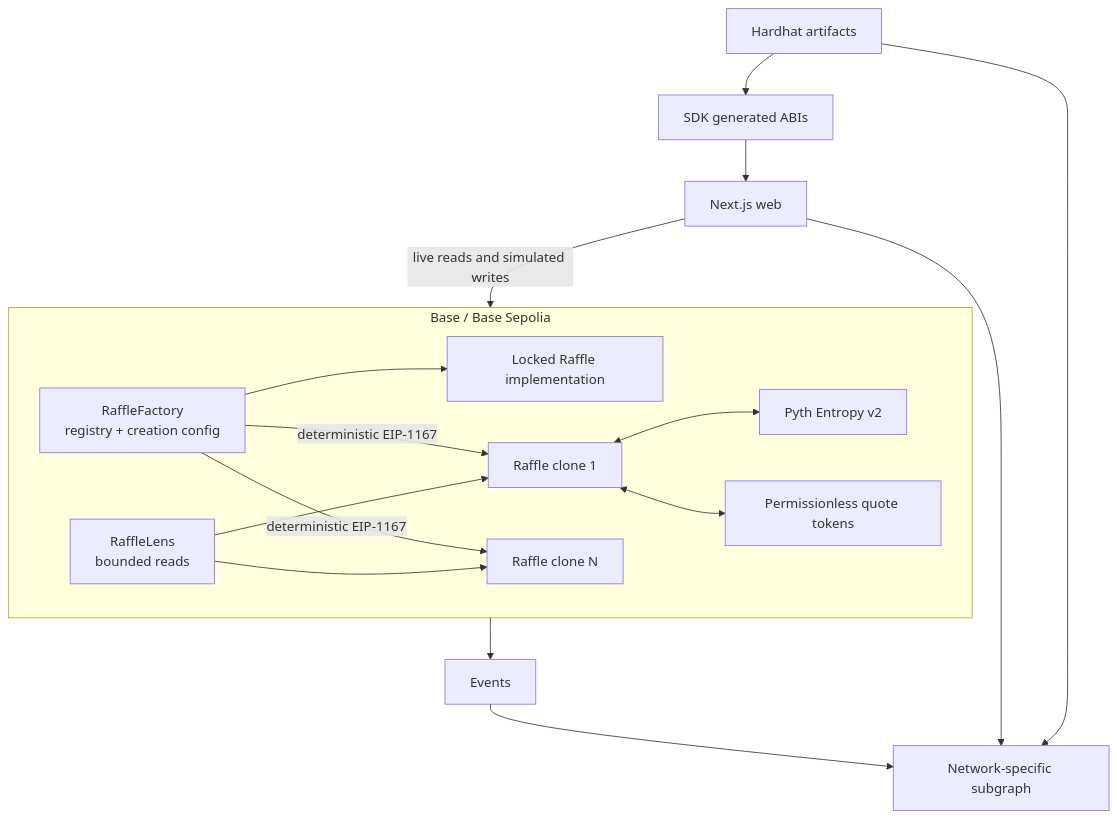
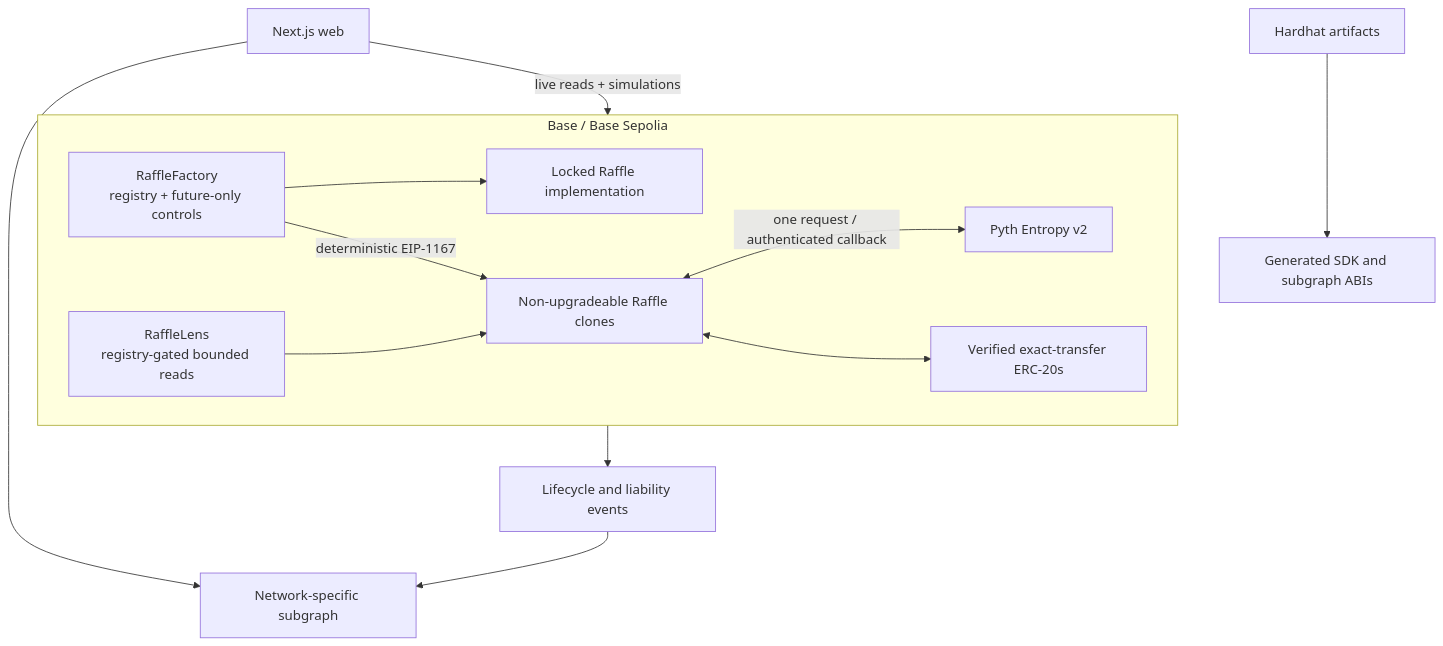
The diagram in docs/ARCHITECTURE.md (Heesho/raffle-fun), drawn with Mermaid before and after one commit. The commit also changed other lines of this file and 64 other files, not shown here.

Commit message:
Harden raffle settlement and recovery lifecycle

````diff
--- a/docs/ARCHITECTURE.md
+++ b/docs/ARCHITECTURE.md
@@ -9,26 +10,21 @@
 ```mermaid
 flowchart TB
-  subgraph Chain["Base / Base Sepolia"]
-    F["RaffleFactory\nregistry + creation config"]
+  subgraph Base["Base / Base Sepolia"]
+    F["RaffleFactory\nregistry + future-only controls"]
     I["Locked Raffle implementation"]
-    C1["Raffle clone 1"]
-    C2["Raffle clone N"]
-    L["RaffleLens\nbounded reads"]
+    C["Non-upgradeable Raffle clones"]
+    L["RaffleLens\nregistry-gated bounded reads"]
     E["Pyth Entropy v2"]
-    Q["Permissionless quote tokens"]
+    Q["Verified exact-transfer ERC-20s"]
     F --> I
-    F -->|deterministic EIP-1167| C1
-    F -->|deterministic EIP-1167| C2
-    L --> C1
-    L --> C2
-    C1 <--> E
-    C1 <--> Q
+    F -->|"deterministic EIP-1167"| C
+    L --> C
+    C <-->|"one request / authenticated callback"| E
+    C <--> Q
   end
-  Chain --> Logs["Events"]
+  Base --> Logs["Lifecycle and liability events"]
   Logs --> Graph["Network-specific subgraph"]
   Web["Next.js web"] --> Graph
-  Web -->|live reads and simulated writes| Chain
-  Artifacts["Hardhat artifacts"] --> SDK["SDK generated ABIs"]
-  SDK --> Web
-  Artifacts --> Graph
+  Web -->|"live reads + simulations"| Base
+  Artifacts["Hardhat artifacts"] --> SDK["Generated SDK and subgraph ABIs"]
 ```
````
